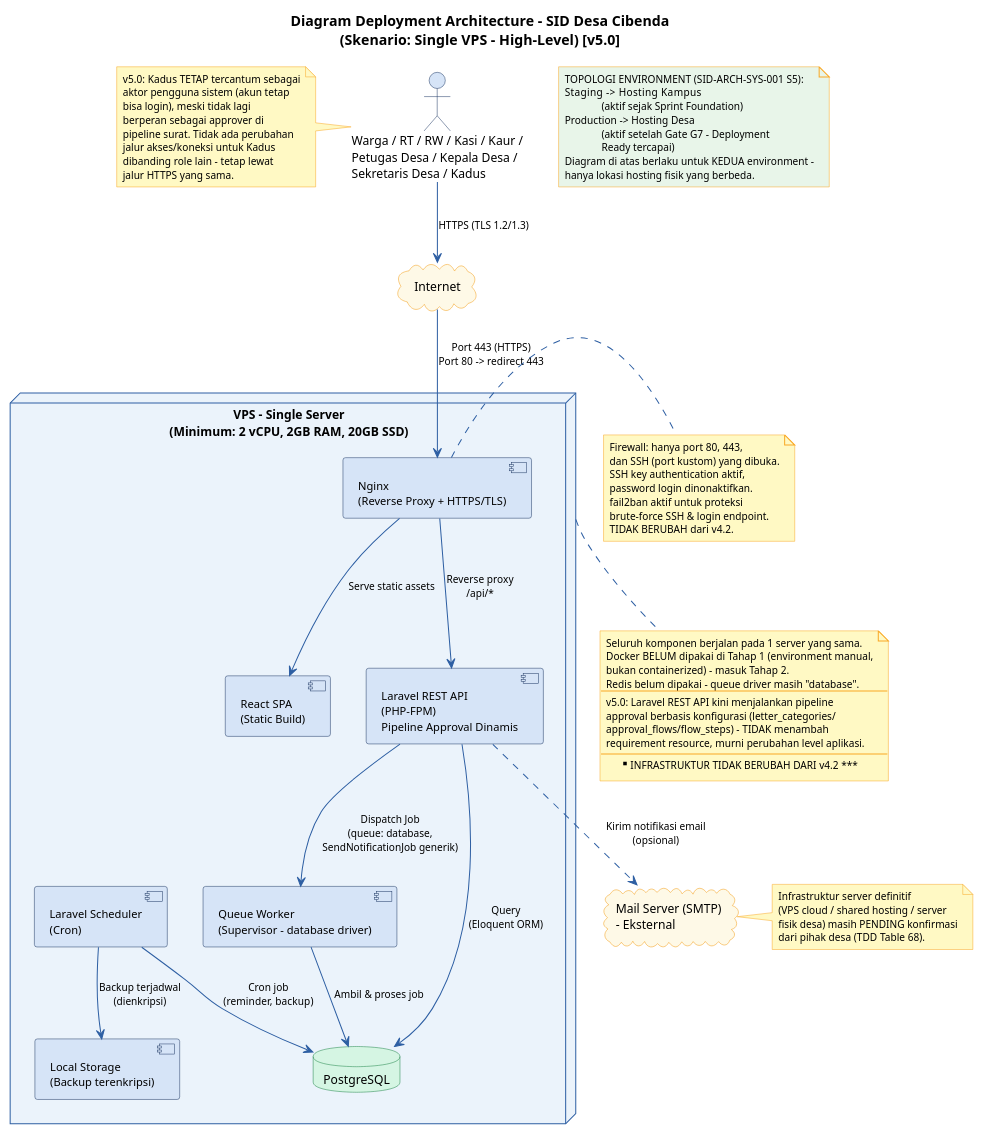
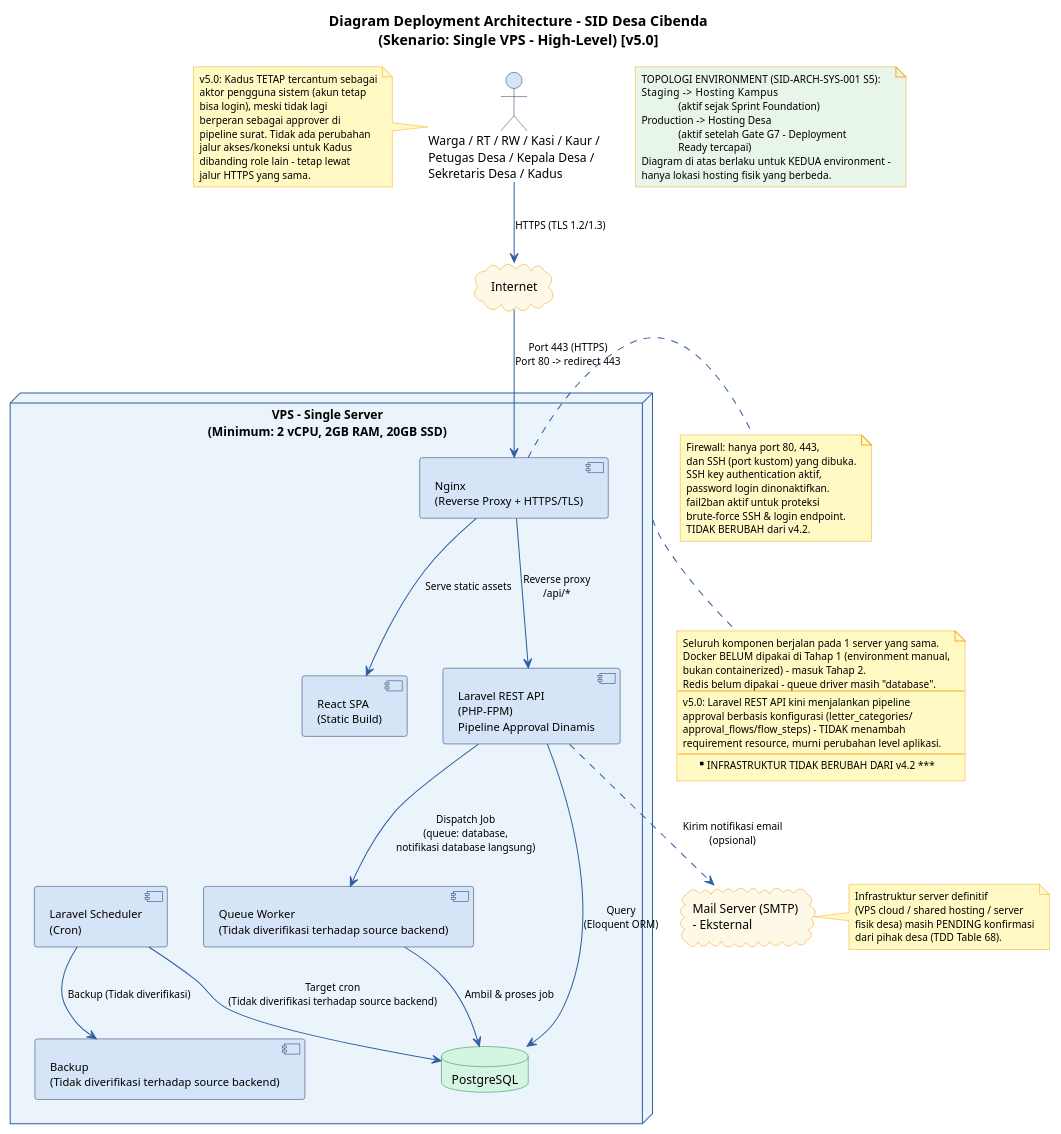
One commit to Vextronode/sid-app changed the diagram in docs/diagram/code/deployment/02_Deployment_Architecture_HighLevel_v5.puml. Above: the diagram before and after it, drawn with PlantUML. The commit also changed other lines of this file and 152 other files, not shown here.

```diff
--- a/docs/diagram/code/deployment/02_Deployment_Architecture_HighLevel_v5.puml
+++ b/docs/diagram/code/deployment/02_Deployment_Architecture_HighLevel_v5.puml
@@ -27,141 +27,141 @@
 @startuml 5.2.5b_v5 Diagram Deployment Architecture High-Level
 skinparam backgroundColor #FFFFFF
 skinparam defaultFontName Arial
 skinparam defaultFontSize 12
 
 skinparam node {
   BackgroundColor #EBF3FB
   BorderColor #2E5FA3
   FontName Arial
   FontSize 12
   FontStyle bold
 }
 skinparam database {
   BackgroundColor #D5F5E3
   BorderColor #1E8449
   FontName Arial
   FontSize 12
 }
 skinparam component {
   BackgroundColor #D6E4F7
   BorderColor #1F3864
   FontName Arial
   FontSize 11
 }
 skinparam cloud {
   BackgroundColor #FEF9E7
   BorderColor #F39C12
   FontName Arial
   FontSize 12
 }
 skinparam actor {
   BackgroundColor #D6E4F7
   BorderColor #1F3864
   FontName Arial
   FontSize 12
 }
 skinparam arrow {
   Color #2E5FA3
   FontName Arial
   FontSize 10
 }
 skinparam note {
   BackgroundColor #FFF9C4
   BorderColor #F9A825
   FontName Arial
   FontSize 10
 }
 
 title Diagram Deployment Architecture - SID Desa Cibenda\n(Skenario: Single VPS - High-Level) [v5.0]
 
 actor "Warga / RT / RW / Kasi / Kaur /\nPetugas Desa / Kepala Desa /\nSekretaris Desa / Kadus" as USER
 
 cloud "Internet" as NET {
 }
 
 node "VPS - Single Server\n(Minimum: 2 vCPU, 2GB RAM, 20GB SSD)" as VPS {
 
   component "Nginx\n(Reverse Proxy + HTTPS/TLS)" as NGINX
 
   component "React SPA\n(Static Build)" as REACT
 
   component "Laravel REST API\n(PHP-FPM)\nPipeline Approval Dinamis" as LARAVEL
 
-  component "Queue Worker\n(Supervisor - database driver)" as WORKER
+  component "Queue Worker\n(Tidak diverifikasi terhadap source backend)" as WORKER
 
   component "Laravel Scheduler\n(Cron)" as SCHED
 
   database "PostgreSQL" as DB
 
-  component "Local Storage\n(Backup terenkripsi)" as BACKUP
+  component "Backup\n(Tidak diverifikasi terhadap source backend)" as BACKUP
 }
 
 cloud "Mail Server (SMTP)\n- Eksternal" as MAIL
 
 USER --> NET : HTTPS (TLS 1.2/1.3)
 NET --> NGINX : Port 443 (HTTPS)\nPort 80 -> redirect 443
 
 NGINX --> REACT : Serve static assets
 NGINX --> LARAVEL : Reverse proxy\n/api/*
 
 LARAVEL --> DB : Query\n(Eloquent ORM)
-LARAVEL --> WORKER : Dispatch Job\n(queue: database,\nSendNotificationJob generik)
+LARAVEL --> WORKER : Dispatch Job\n(queue: database,\nnotifikasi database langsung)
 WORKER --> DB : Ambil & proses job
-SCHED --> DB : Cron job\n(reminder, backup)
+SCHED --> DB : Target cron\n(Tidak diverifikasi terhadap source backend)
 LARAVEL ..> MAIL : Kirim notifikasi email\n(opsional)
-SCHED --> BACKUP : Backup terjadwal\n(dienkripsi)
+SCHED --> BACKUP : Backup (Tidak diverifikasi)
 
 note bottom of VPS
   Seluruh komponen berjalan pada 1 server yang sama.
   Docker BELUM dipakai di Tahap 1 (environment manual,
   bukan containerized) - masuk Tahap 2.
   Redis belum dipakai - queue driver masih "database".
   --
   v5.0: Laravel REST API kini menjalankan pipeline
   approval berbasis konfigurasi (letter_categories/
   approval_flows/flow_steps) - TIDAK menambah
   requirement resource, murni perubahan level aplikasi.
   --
   *** INFRASTRUKTUR TIDAK BERUBAH DARI v4.2 ***
 end note
 
 note right of NGINX
   Firewall: hanya port 80, 443,
   dan SSH (port kustom) yang dibuka.
   SSH key authentication aktif,
   password login dinonaktifkan.
   fail2ban aktif untuk proteksi
   brute-force SSH & login endpoint.
   TIDAK BERUBAH dari v4.2.
 end note
 
 note right of MAIL
   Infrastruktur server definitif
   (VPS cloud / shared hosting / server
   fisik desa) masih PENDING konfirmasi
   dari pihak desa (TDD Table 68).
 end note
 
 note left of USER
   v5.0: Kadus TETAP tercantum sebagai
   aktor pengguna sistem (akun tetap
   bisa login), meski tidak lagi
   berperan sebagai approver di
   pipeline surat. Tidak ada perubahan
   jalur akses/koneksi untuk Kadus
   dibanding role lain - tetap lewat
   jalur HTTPS yang sama.
 end note
 
 note as TOPOLOGY #E8F5E9
   TOPOLOGI ENVIRONMENT (SID-ARCH-SYS-001 S5):
   Staging    -> Hosting Kampus
                 (aktif sejak Sprint Foundation)
   Production -> Hosting Desa
                 (aktif setelah Gate G7 - Deployment
                 Ready tercapai)
   Diagram di atas berlaku untuk KEDUA environment -
   hanya lokasi hosting fisik yang berbeda.
 end note
 
 @enduml
```
